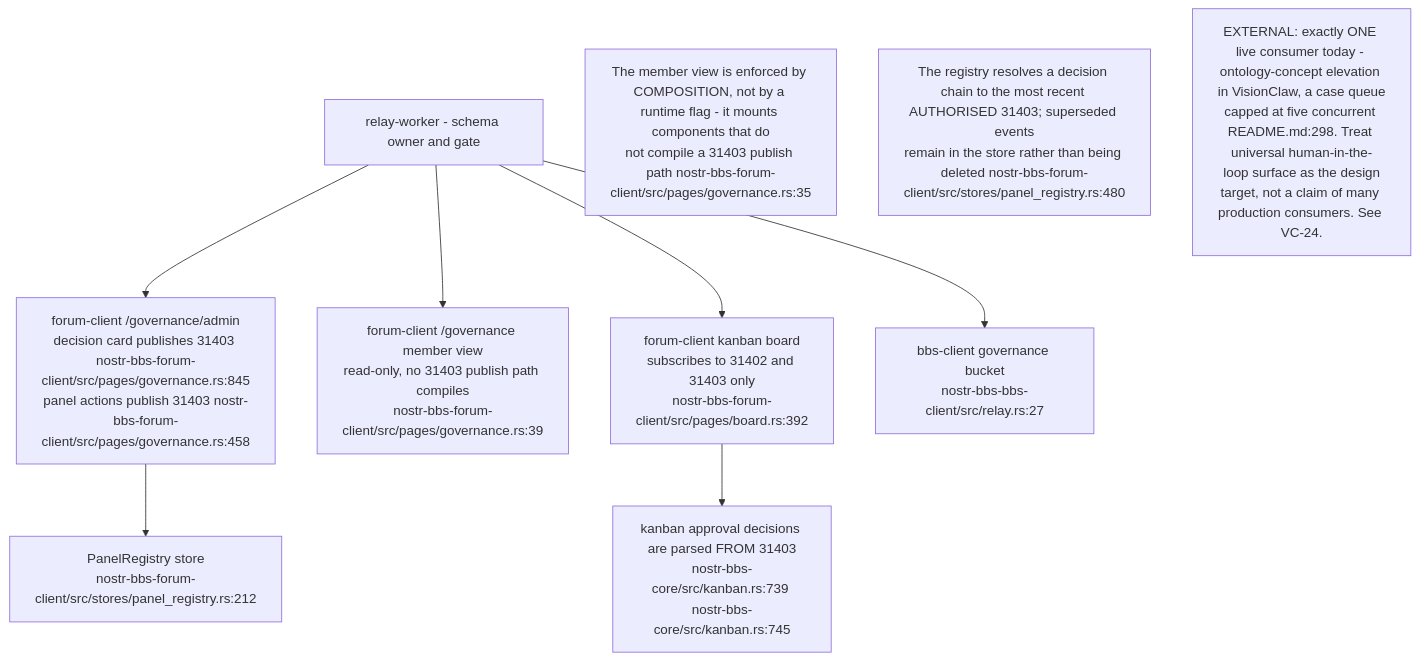
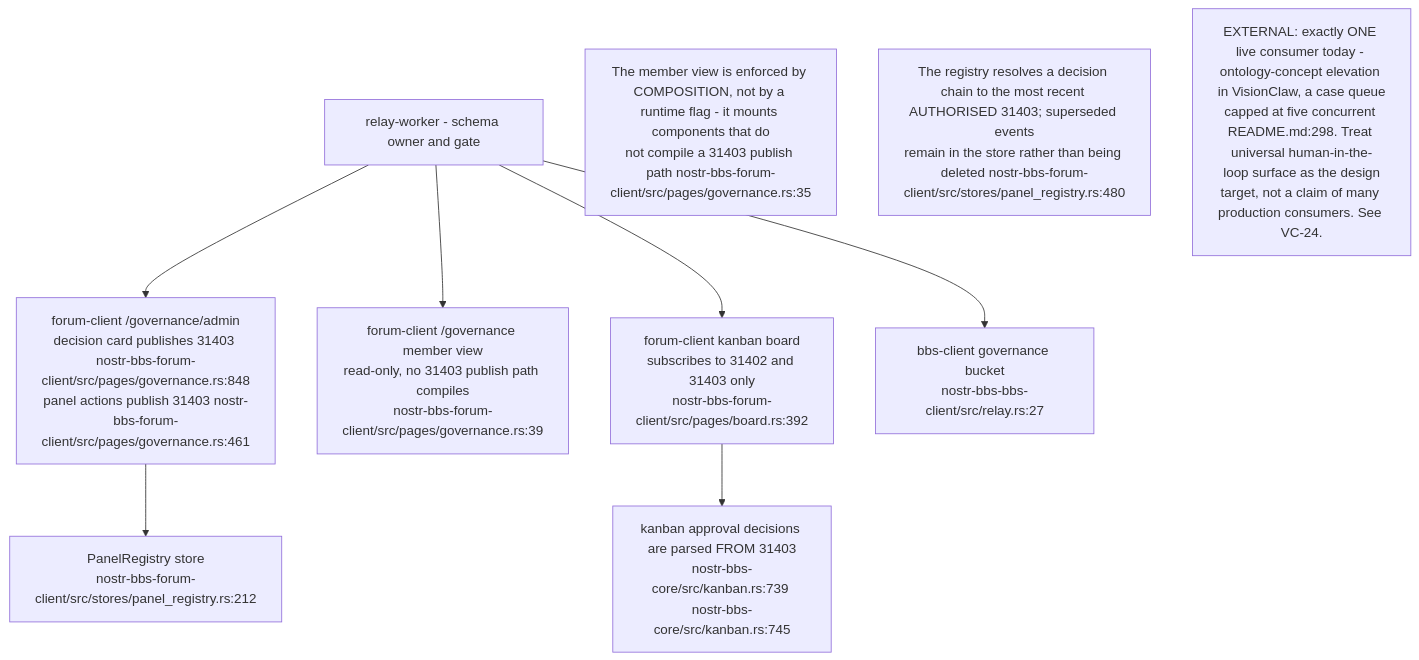
Before and after one commit to DreamLab-AI/VisionFlow: the eighth of 16 diagrams in docs/diagrams/nostr-rust-forum/06-agent-control-surface-31400-31405.md, drawn with Mermaid. The commit also changed other lines of this file and 31 other files, not shown here.

````diff
--- a/docs/diagrams/nostr-rust-forum/06-agent-control-surface-31400-31405.md
+++ b/docs/diagrams/nostr-rust-forum/06-agent-control-surface-31400-31405.md
@@ -249,18 +250,18 @@
 ```mermaid
 flowchart TB
     RELAY["relay-worker - schema owner and gate"]
-    FCADMIN["forum-client /governance/admin<br/>decision card publishes 31403 nostr-bbs-forum-client/src/pages/governance.rs:845<br/>panel actions publish 31403 nostr-bbs-forum-client/src/pages/governance.rs:458"]
+    FCADMIN["forum-client /governance/admin<br/>decision card publishes 31403 nostr-bbs-forum-client/src/pages/governance.rs:848<br/>panel actions publish 31403 nostr-bbs-forum-client/src/pages/governance.rs:461"]
     FCMEM["forum-client /governance member view<br/>read-only, no 31403 publish path compiles<br/>nostr-bbs-forum-client/src/pages/governance.rs:39"]
     BOARD["forum-client kanban board<br/>subscribes to 31402 and 31403 only<br/>nostr-bbs-forum-client/src/pages/board.rs:392"]
     REG["PanelRegistry store<br/>nostr-bbs-forum-client/src/stores/panel_registry.rs:212"]
     BBS["bbs-client governance bucket<br/>nostr-bbs-bbs-client/src/relay.rs:27"]
     KAN["kanban approval decisions are parsed FROM 31403<br/>nostr-bbs-core/src/kanban.rs:739 nostr-bbs-core/src/kanban.rs:745"]
 
     RELAY --> FCADMIN & FCMEM & BOARD & BBS
     FCADMIN --> REG
     BOARD --> KAN
 
     N1["The member view is enforced by COMPOSITION, not by a runtime flag - it mounts components that do<br/>not compile a 31403 publish path nostr-bbs-forum-client/src/pages/governance.rs:35"]
     N2["The registry resolves a decision chain to the most recent AUTHORISED 31403; superseded events<br/>remain in the store rather than being deleted nostr-bbs-forum-client/src/stores/panel_registry.rs:480"]
     N3["EXTERNAL: exactly ONE live consumer today - ontology-concept elevation in VisionClaw, a case queue<br/>capped at five concurrent README.md:298. Treat universal human-in-the-loop surface as the design<br/>target, not a claim of many production consumers. See VC-24."]
 ```
````
